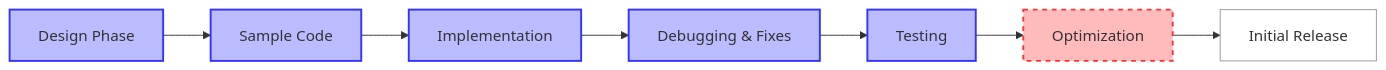
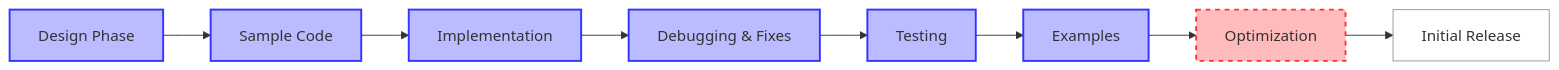
One commit to tvaroska/docstate changed the diagram in memory-bank/progress.md. Above: the diagram before and after it, drawn with Mermaid. The commit also changed other lines of this file and 7 other files, not shown here.

````diff
--- a/memory-bank/progress.md
+++ b/memory-bank/progress.md
@@ -7,12 +7,13 @@
 ```mermaid
 flowchart LR
-    Design[Design Phase] --> Sample[Sample Code] --> Implementation[Implementation] --> Debug[Debugging & Fixes] --> Testing[Testing] --> Optimization[Optimization] --> Release[Initial Release]
+    Design[Design Phase] --> Sample[Sample Code] --> Implementation[Implementation] --> Debug[Debugging & Fixes] --> Testing[Testing] --> Examples[Examples] --> Optimization[Optimization] --> Release[Initial Release]
     
     style Design fill:#bbf,stroke:#33f,stroke-width:2px
     style Sample fill:#bbf,stroke:#33f,stroke-width:2px
     style Implementation fill:#bbf,stroke:#33f,stroke-width:2px
     style Debug fill:#bbf,stroke:#33f,stroke-width:2px
     style Testing fill:#bbf,stroke:#33f,stroke-width:2px
+    style Examples fill:#bbf,stroke:#33f,stroke-width:2px
     style Optimization fill:#fbb,stroke:#f33,stroke-width:2px,stroke-dasharray: 5 5
     style Release fill:#fff,stroke:#999
 ```
````
